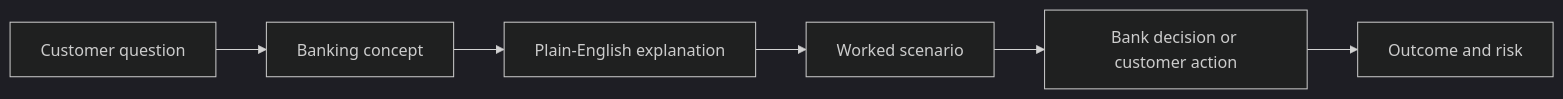
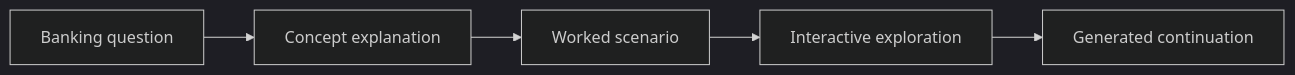
One commit to akhilmakol/how-mcp-works changed the diagram in README.md. Above: the diagram before and after it, drawn with Mermaid (dark theme). The commit also changed other lines of this file and 5 other files, not shown here.

````diff
--- a/README.md
+++ b/README.md
@@ -75,8 +128,7 @@
 ```mermaid
 flowchart LR
-    A["Customer question"] --> B["Banking concept"]
-    B --> C["Plain-English explanation"]
-    C --> D["Worked scenario"]
-    D --> E["Bank decision or customer action"]
-    E --> F["Outcome and risk"]
+    A["Banking question"] --> B["Concept explanation"]
+    B --> C["Worked scenario"]
+    C --> D["Interactive exploration"]
+    D --> E["Generated continuation"]
 ```
````
